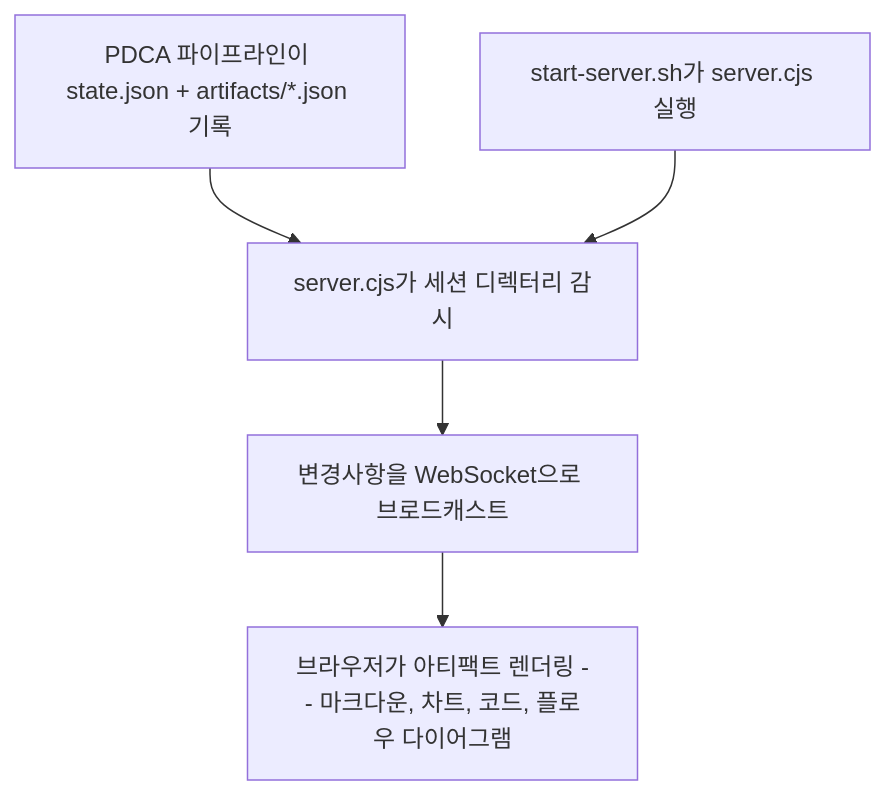
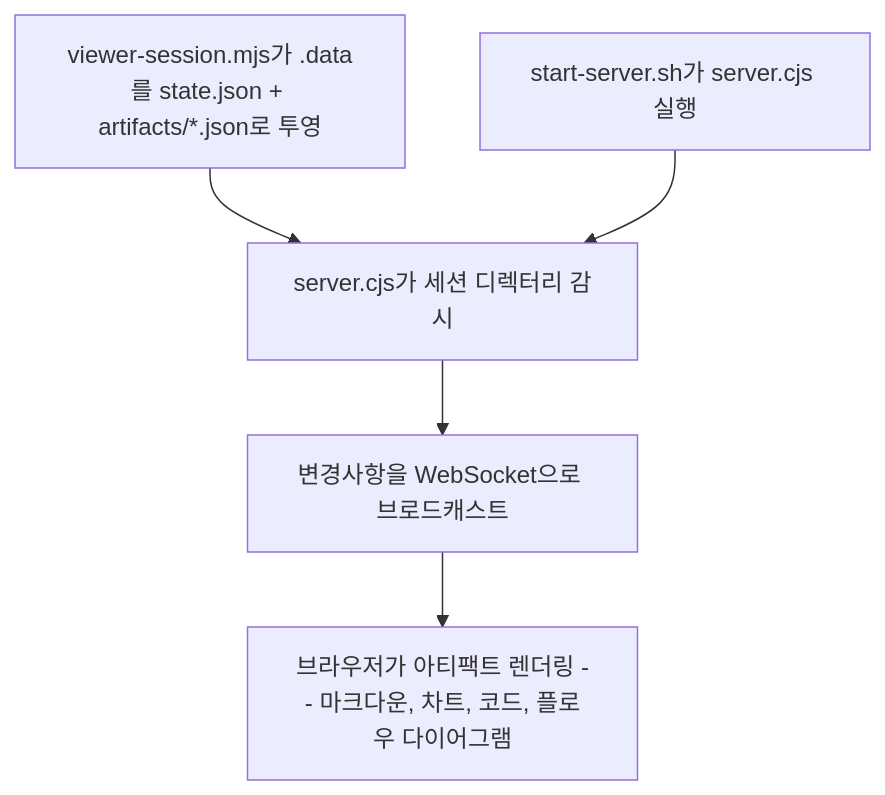
Before and after one commit to unclejobs-ai/second-claude-code: the diagram in docs/skills/viewer.ko.md, drawn with Mermaid. The commit also changed other lines of this file and 2 other files, not shown here.

First line of the commit message:
docs(viewer): the user-facing guide still described the flow that never worked

````diff
--- a/docs/skills/viewer.ko.md
+++ b/docs/skills/viewer.ko.md
@@ -54,7 +54,7 @@
 ```mermaid
 graph TD
-    A[PDCA 파이프라인이 state.json + artifacts/*.json 기록] --> C[server.cjs가 세션 디렉터리 감시]
+    A[viewer-session.mjs가 .data를 state.json + artifacts/*.json로 투영] --> C[server.cjs가 세션 디렉터리 감시]
     B[start-server.sh가 server.cjs 실행] --> C
     C --> D[변경사항을 WebSocket으로 브로드캐스트]
     D --> E[브라우저가 아티팩트 렌더링 -- 마크다운, 차트, 코드, 플로우 다이어그램]
 ```
````
